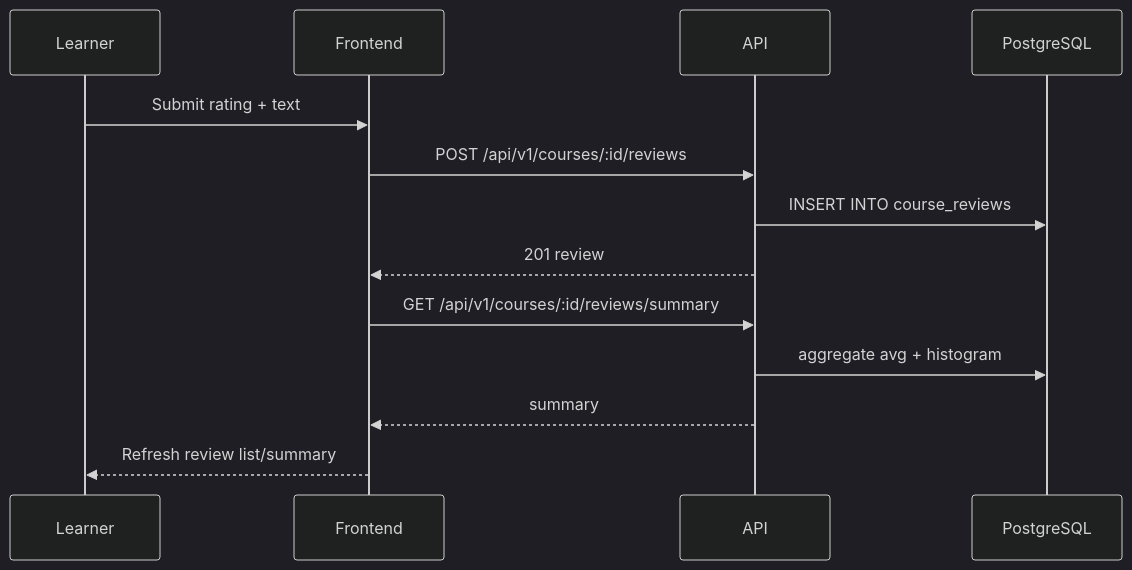
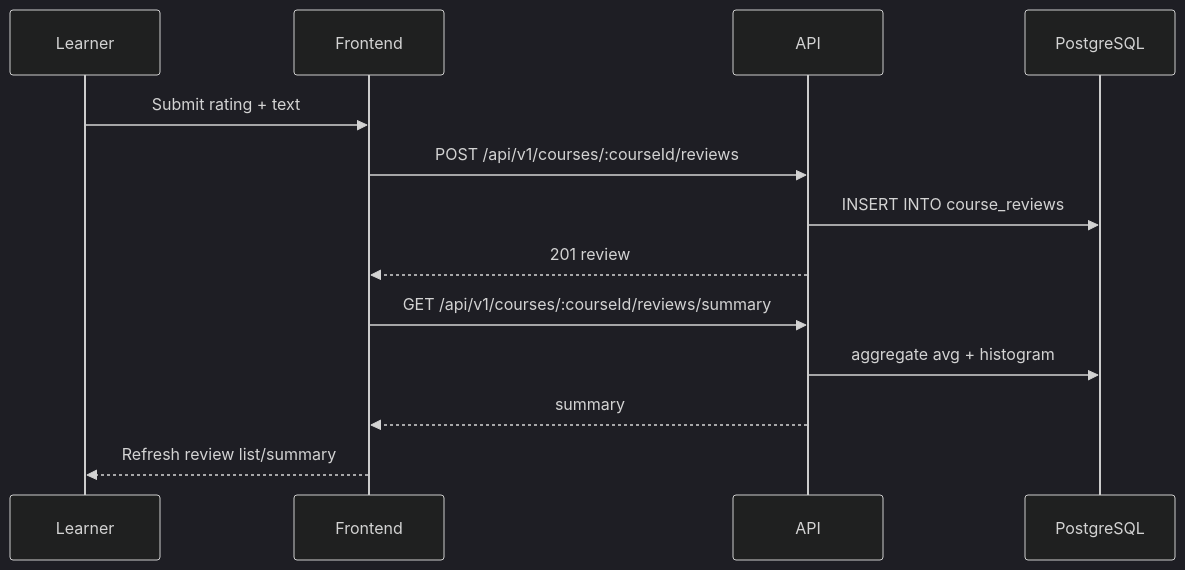
The seventh of 10 diagrams in docs/03-analysis/workflows.md (Rafy-Tho/LearnSphere), drawn with Mermaid (dark theme) before and after one commit. The commit also changed other lines of this file and 65 other files, not shown here.

````diff
--- a/docs/03-analysis/workflows.md
+++ b/docs/03-analysis/workflows.md
@@ -146,16 +146,16 @@
 ```mermaid
 sequenceDiagram
   participant L as Learner
   participant F as Frontend
   participant A as API
   participant DB as PostgreSQL
 
   L->>F: Submit rating + text
-  F->>A: POST /api/v1/courses/:id/reviews
+  F->>A: POST /api/v1/courses/:courseId/reviews
   A->>DB: INSERT INTO course_reviews
   A-->>F: 201 review
-  F->>A: GET /api/v1/courses/:id/reviews/summary
+  F->>A: GET /api/v1/courses/:courseId/reviews/summary
   A->>DB: aggregate avg + histogram
   A-->>F: summary
   F-->>L: Refresh review list/summary
 ```
````
